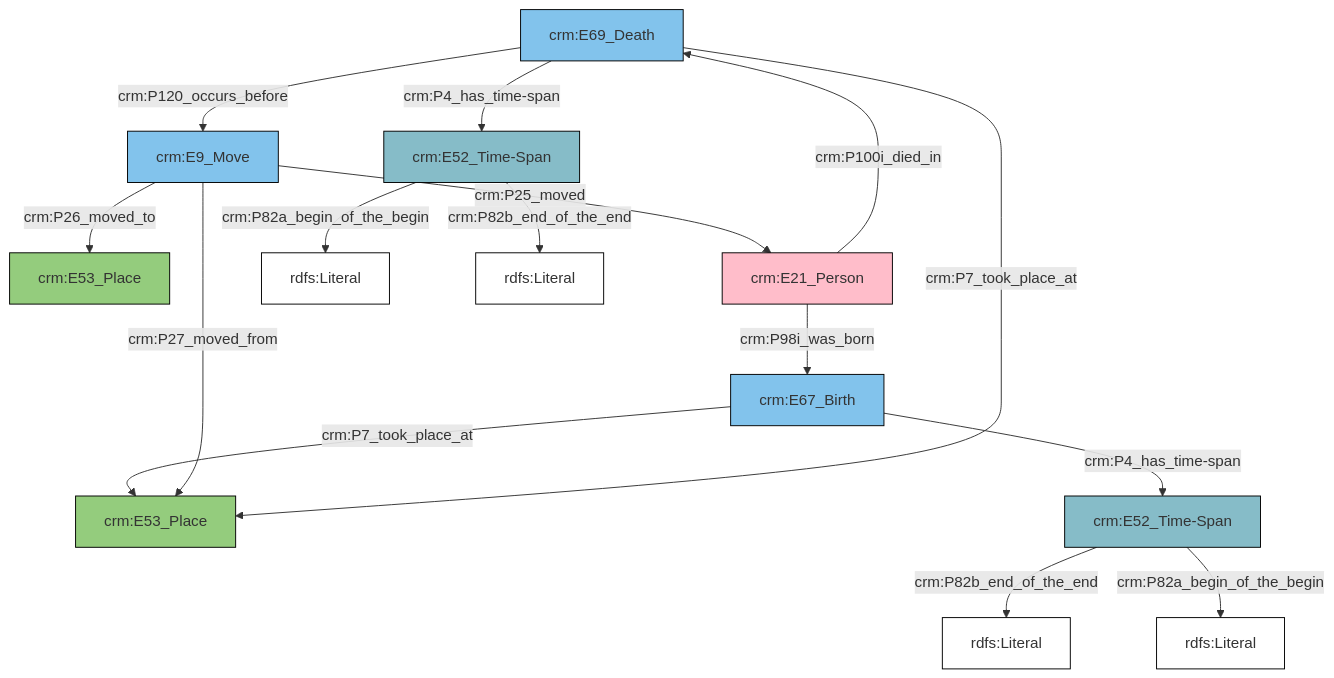
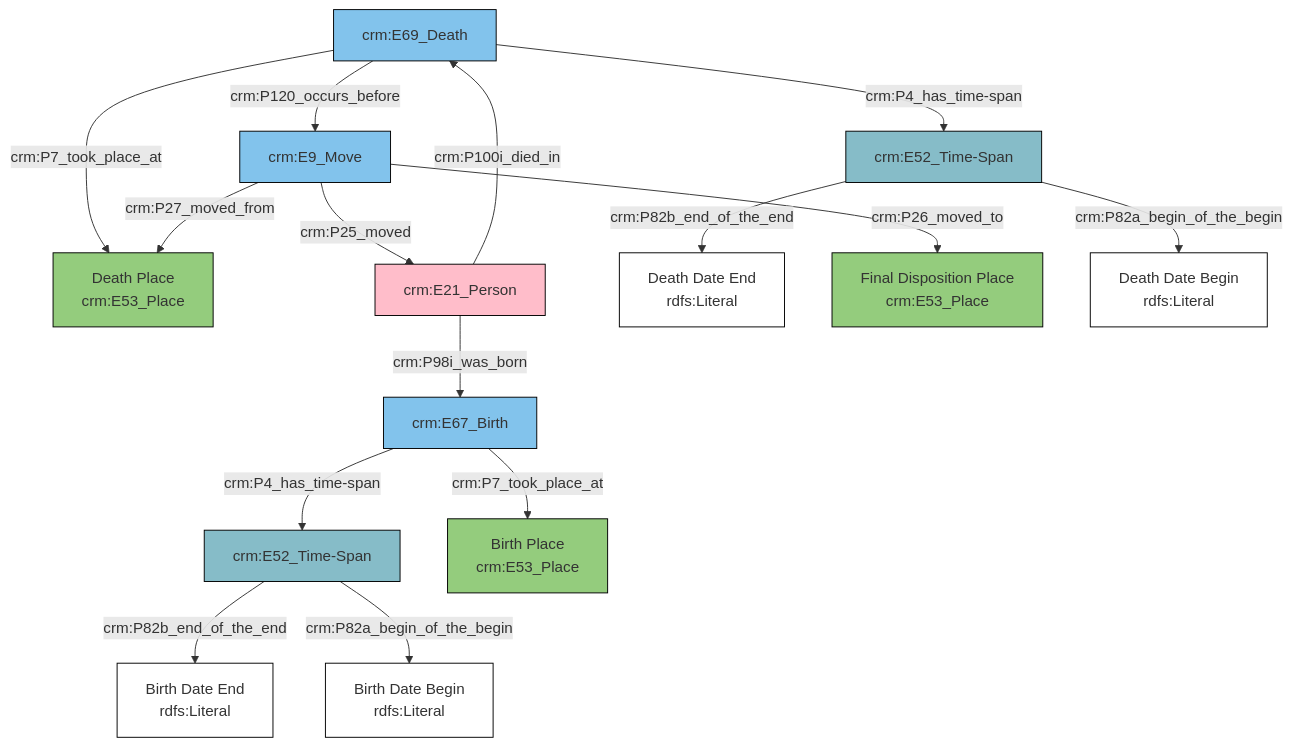
One commit to TrangDg/TrangDg.github.io changed the diagram in collections-model/birthdeath.mmd. Above: the diagram before and after it, drawn with Mermaid. The commit also changed 1 other file, not shown here.

Commit message:
update onto graph

```diff
--- a/collections-model/birthdeath.mmd
+++ b/collections-model/birthdeath.mmd
@@ -1,33 +1,36 @@
 graph TD
 classDef Literal fill:#FFFFFF,stroke:#000000;
 classDef CRM_Entity fill:#FFFFFF,stroke:#000000;
 classDef Temporal_Entity fill:#82C3EC, stroke:#000000;
 classDef Type fill:#FAB565, stroke:#000000;
 classDef Time-Span fill:#86BCC8, stroke:#000000;
 classDef Appellation fill:#FEF3BA, stroke:#000000;
 classDef Place fill:#94CC7D, stroke:#000000;
 classDef Persistent_Item fill:#FFFFFF, stroke:#000000;
 classDef Conceptual_Object fill:#FDDC34, stroke:#000000;
 classDef Physical_Thing fill:#E1BA9C, stroke:#000000;
 classDef Actor fill:#ffbdca, stroke:#000000;
 classDef PC_Classes fill:#cc80ff, stroke:#000000;
 classDef Multi fill:#cccccc,stroke:#000000;
+0["crm:E67_Birth"]:::Temporal_Entity -->|crm:P4_has_time-span| 1["crm:E52_Time-Span"]:::Time-Span
+0["crm:E67_Birth"]:::Temporal_Entity -->|crm:P7_took_place_at| 2["Birth Place<br>crm:E53_Place"]:::Place
+4["crm:E69_Death"]:::Temporal_Entity -->|crm:P7_took_place_at| 5["Death Place<br>crm:E53_Place"]:::Place
+1["crm:E52_Time-Span"]:::Time-Span -->|crm:P82b_end_of_the_end| 11[Birth Date End<br>rdfs:Literal]:::Literal
+12["crm:E52_Time-Span"]:::Time-Span -->|crm:P82b_end_of_the_end| 13[Death Date End<br>rdfs:Literal]:::Literal
+1["crm:E52_Time-Span"]:::Time-Span -->|crm:P82a_begin_of_the_begin| 22[Birth Date Begin<br>rdfs:Literal]:::Literal
+7["crm:E21_Person"]:::Actor -->|crm:P100i_died_in| 4["crm:E69_Death"]:::Temporal_Entity
+16["crm:E9_Move"]:::Temporal_Entity -->|crm:P26_moved_to| 20["Final Disposition Place<br>crm:E53_Place"]:::Place
+12["crm:E52_Time-Span"]:::Time-Span -->|crm:P82a_begin_of_the_begin| 25[Death Date Begin<br>rdfs:Literal]:::Literal
+4["crm:E69_Death"]:::Temporal_Entity -->|crm:P120_occurs_before| 16["crm:E9_Move"]:::Temporal_Entity
+7["crm:E21_Person"]:::Actor -->|crm:P98i_was_born| 0["crm:E67_Birth"]:::Temporal_Entity
+16["crm:E9_Move"]:::Temporal_Entity -->|crm:P25_moved| 7["crm:E21_Person"]:::Actor
+4["crm:E69_Death"]:::Temporal_Entity -->|crm:P4_has_time-span| 12["crm:E52_Time-Span"]:::Time-Span
+16["crm:E9_Move"]:::Temporal_Entity -->|crm:P27_moved_from| 5["Death Place<br>crm:E53_Place"]:::Place
 
-
-
-
-
-4["crm:E67_Birth"]:::Temporal_Entity -->|crm:P7_took_place_at| 9["crm:E53_Place"]:::Place
-10["crm:E21_Person"]:::Actor -->|crm:P98i_was_born| 4["crm:E67_Birth"]:::Temporal_Entity
-4["crm:E67_Birth"]:::Temporal_Entity -->|crm:P4_has_time-span| 11["crm:E52_Time-Span"]:::Time-Span
-7["crm:E52_Time-Span"]:::Time-Span -->|crm:P82a_begin_of_the_begin| 13[rdfs:Literal]:::Literal
-14["crm:E9_Move"]:::Temporal_Entity -->|crm:P27_moved_from| 9["crm:E53_Place"]:::Place
-14["crm:E9_Move"]:::Temporal_Entity -->|crm:P25_moved| 10["crm:E21_Person"]:::Actor
-10["crm:E21_Person"]:::Actor -->|crm:P100i_died_in| 2["crm:E69_Death"]:::Temporal_Entity
-14["crm:E9_Move"]:::Temporal_Entity -->|crm:P26_moved_to| 0["crm:E53_Place"]:::Place
-2["crm:E69_Death"]:::Temporal_Entity -->|crm:P120_occurs_before| 14["crm:E9_Move"]:::Temporal_Entity
-2["crm:E69_Death"]:::Temporal_Entity -->|crm:P4_has_time-span| 7["crm:E52_Time-Span"]:::Time-Span
-11["crm:E52_Time-Span"]:::Time-Span -->|crm:P82b_end_of_the_end| 30[rdfs:Literal]:::Literal
-7["crm:E52_Time-Span"]:::Time-Span -->|crm:P82b_end_of_the_end| 31[rdfs:Literal]:::Literal
-2["crm:E69_Death"]:::Temporal_Entity -->|crm:P7_took_place_at| 9["crm:E53_Place"]:::Place
-11["crm:E52_Time-Span"]:::Time-Span -->|crm:P82a_begin_of_the_begin| 33[rdfs:Literal]:::Literal
+click 2 href "https://chin-rcip.github.io/collections-model/en/semantic-paths-specification/current/entry-nodes#birthformation-place" _blank
+click 5 href "https://chin-rcip.github.io/collections-model/en/semantic-paths-specification/current/entry-nodes#deathdissolution-place" _blank
+click 20 href "https://chin-rcip.github.io/collections-model/en/semantic-paths-specification/current/entry-nodes#final-disposition-place" _blank
+click 22 href "https://chin-rcip.github.io/collections-model/en/semantic-paths-specification/current/entry-nodes#birthformation-date-begin" _blank
+click 11 href "https://chin-rcip.github.io/collections-model/en/semantic-paths-specification/current/entry-nodes#birthformation-date-end" _blank
+click 13 href "https://chin-rcip.github.io/collections-model/en/semantic-paths-specification/current/entry-nodes#deathdissolution-date-end" _blank
+click 25 href "https://chin-rcip.github.io/collections-model/en/semantic-paths-specification/current/entry-nodes#deathdissolution-date-begin" _blank
```
